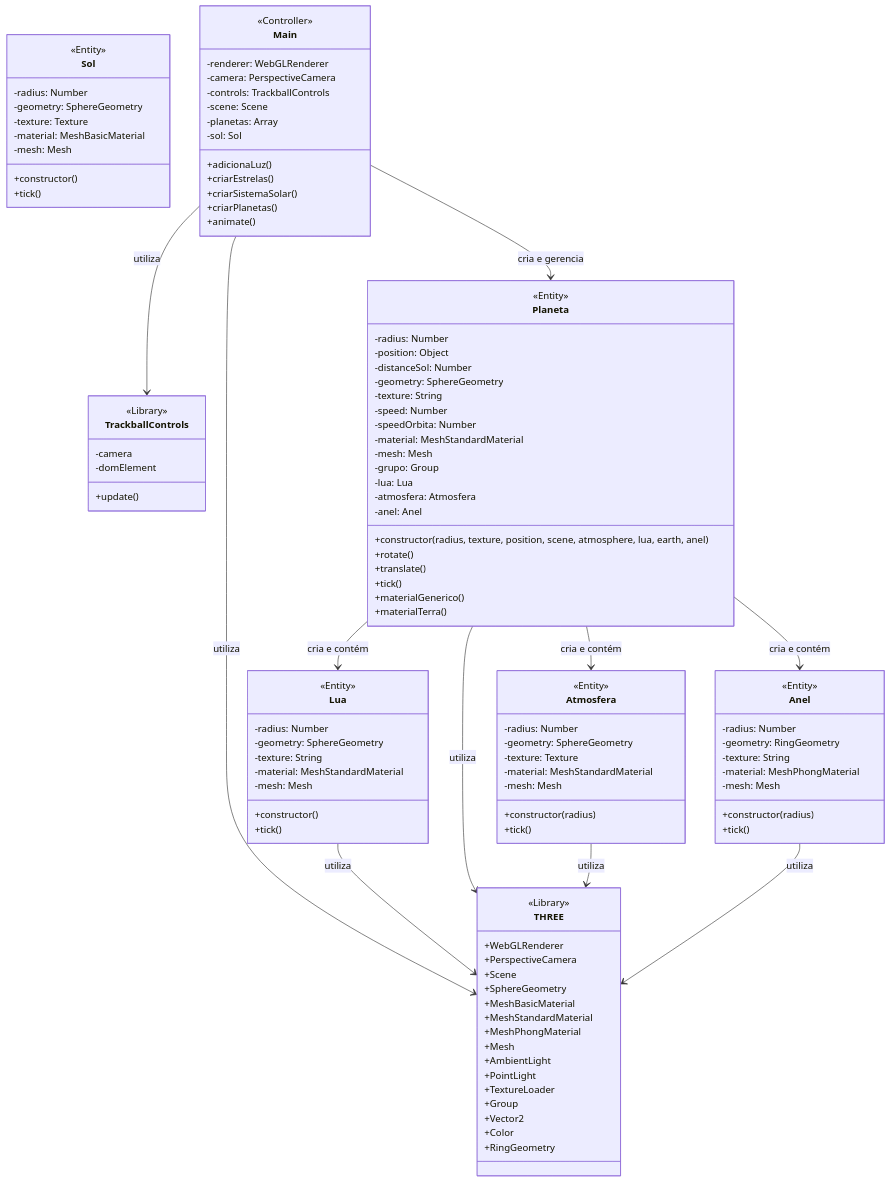
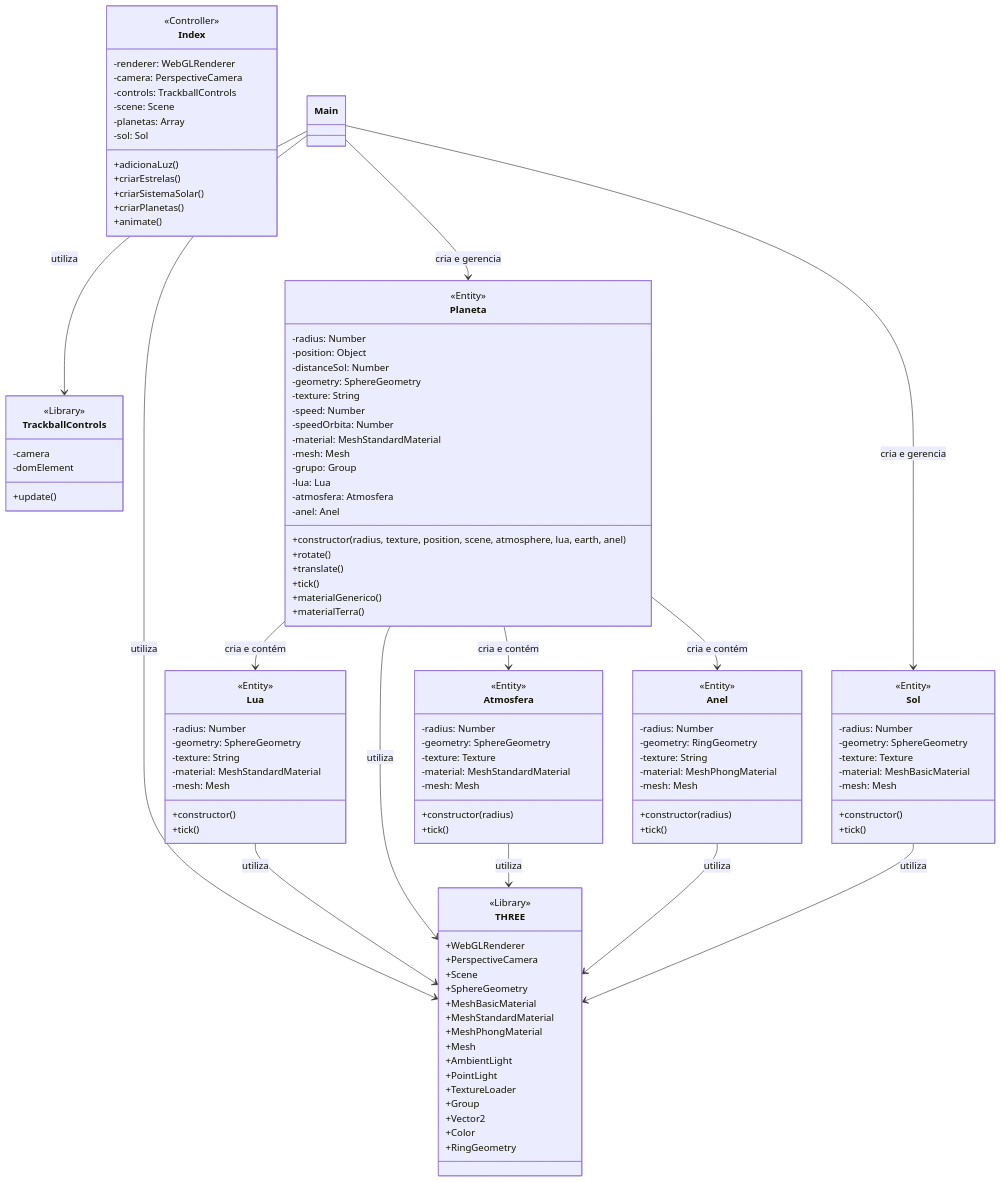
The diagram in README.md (StephanyeCunto/ComputacaoGrafica), drawn with Mermaid before and after one commit. The commit also changed other lines of this file, not shown here.

````diff
--- a/README.md
+++ b/README.md
@@ -184,8 +188,8 @@
  +constructor()
  +tick()
  }
- 
- class Main {
+
+ class Index {
  <<Controller>>
  -renderer: WebGLRenderer
  -camera: PerspectiveCamera
@@ -203,10 +207,12 @@
  Planeta --> Atmosfera : cria e contém
  Planeta --> Anel : cria e contém
  Main --> Planeta : cria e gerencia
+ Main --> Sol : cria e gerencia
  Main --> THREE : utiliza
  Main --> TrackballControls : utiliza
  Lua --> THREE : utiliza
  Planeta --> THREE : utiliza
  Atmosfera --> THREE : utiliza
  Anel --> THREE : utiliza
+ Sol --> THREE : utiliza
 ```
````
